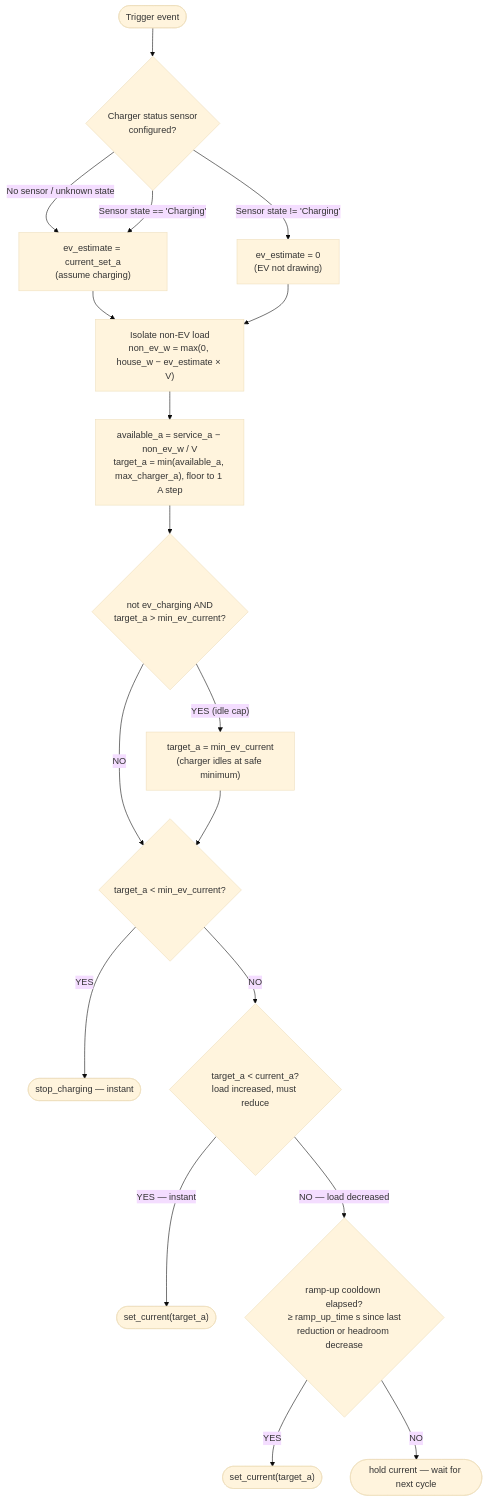
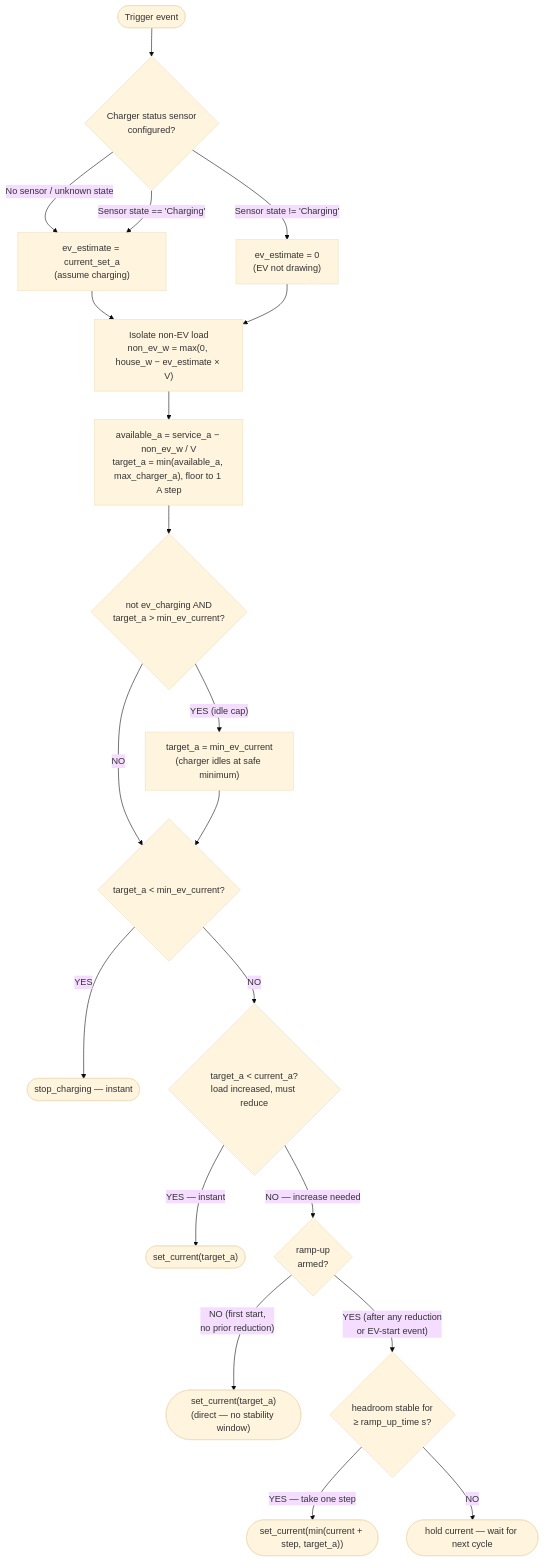
The first of 7 diagrams in docs/documentation/how-it-works.md (alexisml/ha-ev-charger-balancer), drawn with Mermaid (base theme) before and after one commit. The commit also changed other lines of this file and 24 other files, not shown here.

Commit message:
Fix ramp-up delay: stability-based stepped recovery with fixed configurable step (#122)

````diff
--- a/docs/documentation/how-it-works.md
+++ b/docs/documentation/how-it-works.md
@@ -243,21 +244,23 @@
 ```mermaid
 flowchart TD
     A([Trigger event])
     A --> Z{"Charger status sensor<br/>configured?"}
     Z -- "No sensor / unknown state" --> ZA["ev_estimate = current_set_a<br/>(assume charging)"]
     Z -- "Sensor state == 'Charging'" --> ZA
     Z -- "Sensor state != 'Charging'" --> ZB["ev_estimate = 0<br/>(EV not drawing)"]
     ZA --> B["Isolate non-EV load<br/>non_ev_w = max(0, house_w − ev_estimate × V)"]
     ZB --> B
     B --> C["available_a = service_a − non_ev_w / V<br/>target_a = min(available_a, max_charger_a), floor to 1 A step"]
     C --> CZ{"not ev_charging AND<br/>target_a > min_ev_current?"}
     CZ -- "YES (idle cap)" --> CZA["target_a = min_ev_current<br/>(charger idles at safe minimum)"]
     CZ -- "NO" --> D
     CZA --> D{"target_a < min_ev_current?"}
     D -- YES --> E(["stop_charging — instant"])
     D -- NO --> F{"target_a < current_a?<br/>load increased, must reduce"}
     F -- "YES — instant" --> G(["set_current(target_a)"])
-    F -- "NO — load decreased" --> H{"ramp-up cooldown elapsed?<br/>≥ ramp_up_time s since last<br/>reduction or headroom decrease"}
-    H -- "YES" --> I(["set_current(target_a)"])
+    F -- "NO — increase needed" --> RA{"ramp-up<br/>armed?"}
+    RA -- "NO (first start,<br/>no prior reduction)" --> K(["set_current(target_a)<br/>(direct — no stability window)"])
+    RA -- "YES (after any reduction<br/>or EV-start event)" --> H{"headroom stable for<br/>≥ ramp_up_time s?"}
+    H -- "YES — take one step" --> I(["set_current(min(current + step, target_a))"])
     H -- "NO" --> J(["hold current — wait for next cycle"])
 ```
````
